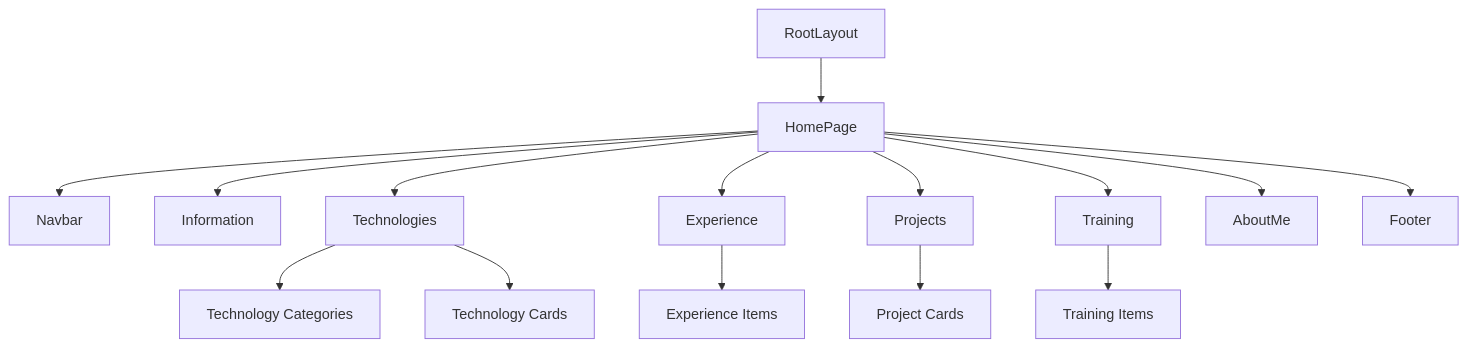
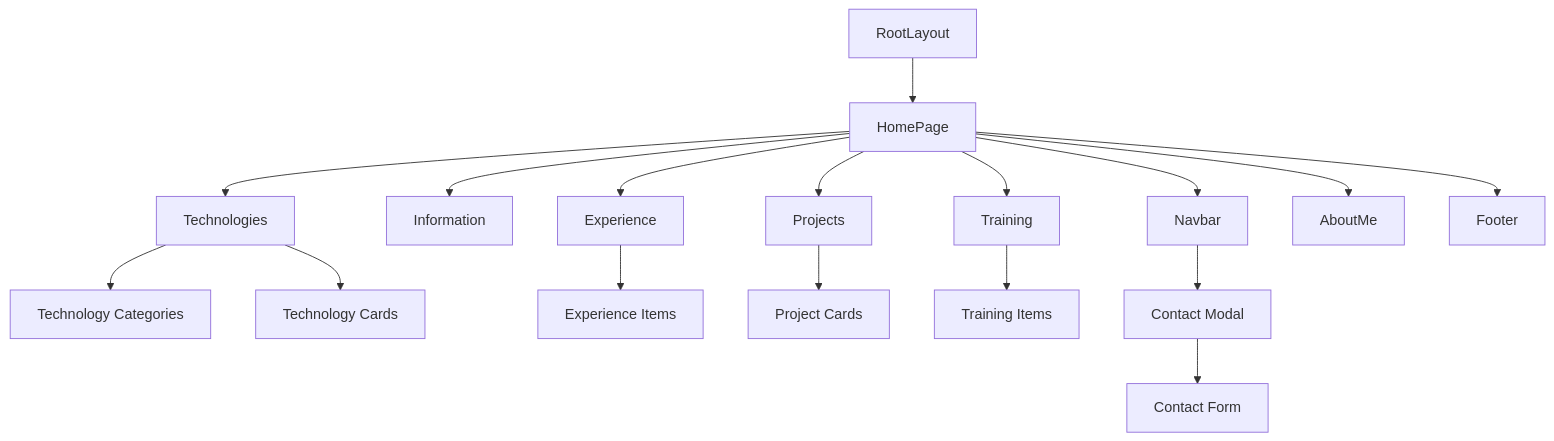
Before and after one commit to moilolon/portfolio: the diagram in memory_bank/systemPatterns.md, drawn with Mermaid. The commit also changed other lines of this file and 18 other files, not shown here.

First line of the commit message:
feat(contact): implement contact form with reCAPTCHA verification and email notifications

````diff
--- a/memory_bank/systemPatterns.md
+++ b/memory_bank/systemPatterns.md
@@ -31,21 +31,24 @@
 ```mermaid
 flowchart TD
     Layout[RootLayout] --> Page[HomePage]
     Page --> Navbar
     Page --> Information
     Page --> Technologies
     Page --> Experience
     Page --> Projects
     Page --> Training
     Page --> AboutMe
     Page --> Footer
 
     Technologies --> TechCategory[Technology Categories]
     Technologies --> TechCard[Technology Cards]
 
     Experience --> ExpItem[Experience Items]
 
     Projects --> ProjCard[Project Cards]
 
     Training --> TrainItem[Training Items]
+
+    Navbar --> ContactModal[Contact Modal]
+    ContactModal --> ContactForm[Contact Form]
 ```
````
